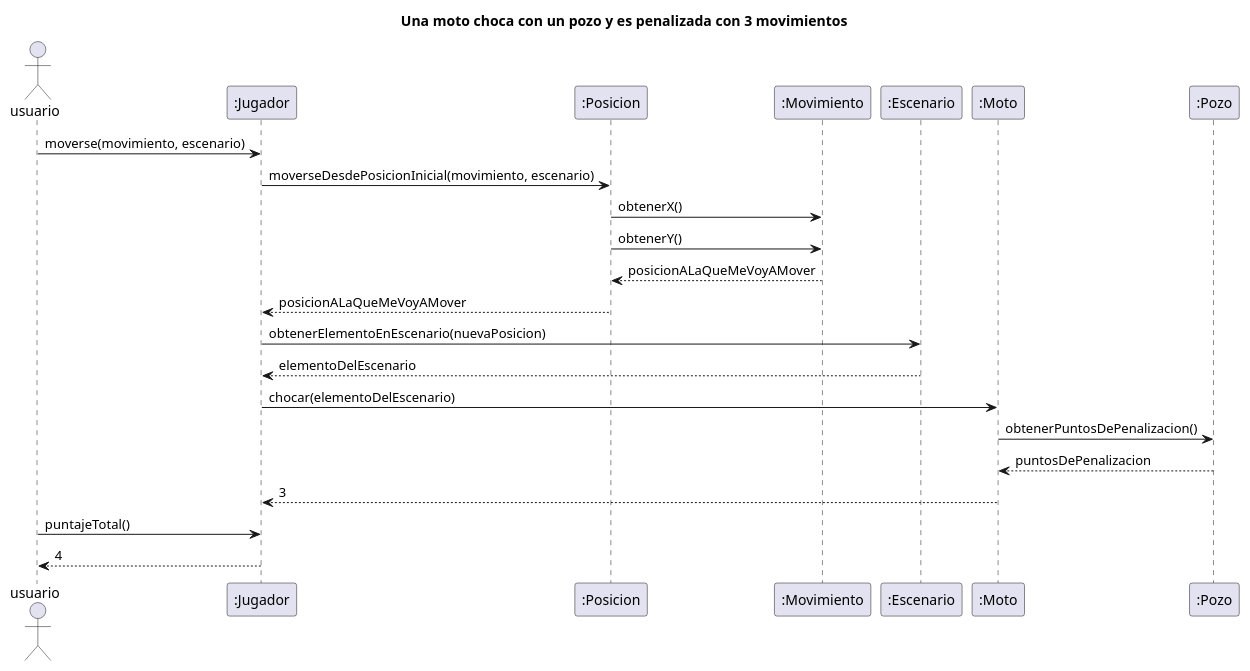
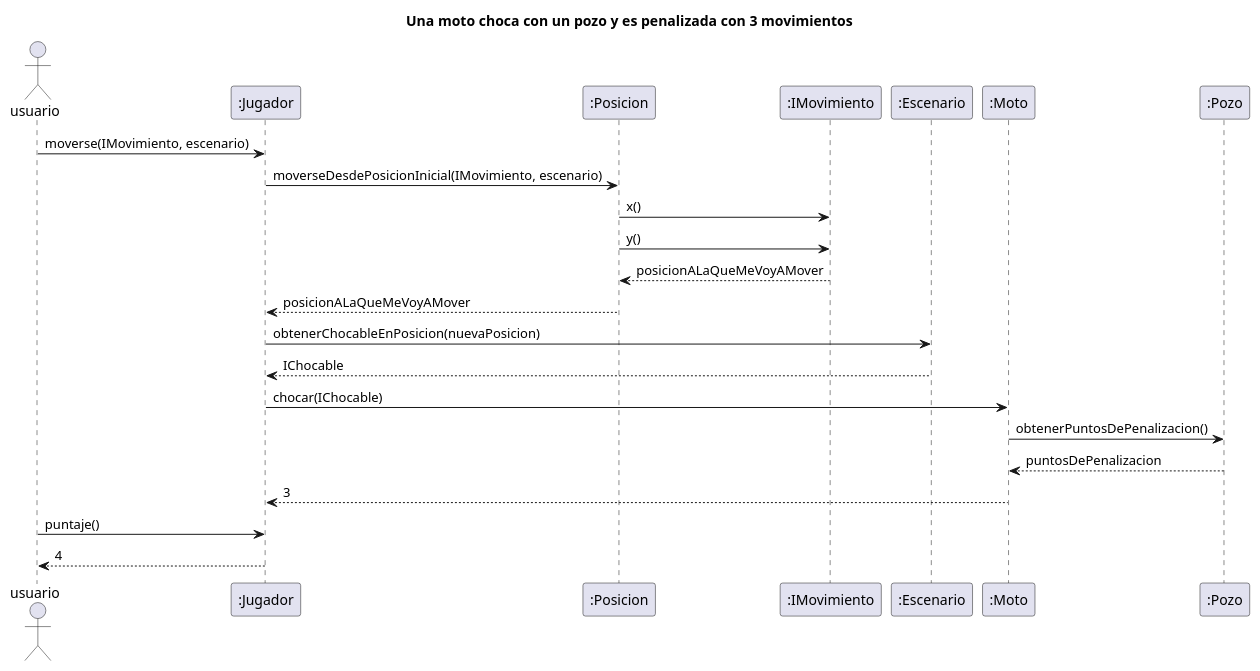
Before and after one commit to NestorPala/T17-GPSChallenge: the diagram in diagrams/sequences/moto_choca_pozo.puml, drawn with PlantUML. The commit also changed 11 other files, not shown here.

Commit message:
Actualizo diagramas de clase y de secuencia

```diff
--- a/diagrams/sequences/moto_choca_pozo.puml
+++ b/diagrams/sequences/moto_choca_pozo.puml
@@ -1,20 +1,20 @@
 @startuml
 title Una moto choca con un pozo y es penalizada con 3 movimientos
 Actor usuario
 
-"usuario" -> ":Jugador": moverse(movimiento, escenario)
-":Jugador" -> ":Posicion": moverseDesdePosicionInicial(movimiento, escenario)
-":Posicion" -> ":Movimiento": obtenerX()
-":Posicion" -> ":Movimiento": obtenerY()
+"usuario" -> ":Jugador": moverse(IMovimiento, escenario)
+":Jugador" -> ":Posicion": moverseDesdePosicionInicial(IMovimiento, escenario)
+":Posicion" -> ":IMovimiento": x()
+":Posicion" -> ":IMovimiento": y()
 return posicionALaQueMeVoyAMover
 ":Posicion" --> ":Jugador": posicionALaQueMeVoyAMover
-":Jugador" -> ":Escenario": obtenerElementoEnEscenario(nuevaPosicion)
-":Escenario" --> ":Jugador": elementoDelEscenario
-":Jugador" -> ":Moto": chocar(elementoDelEscenario)
+":Jugador" -> ":Escenario": obtenerChocableEnPosicion(nuevaPosicion)
+":Escenario" --> ":Jugador": IChocable
+":Jugador" -> ":Moto": chocar(IChocable)
 ":Moto" -> ":Pozo": obtenerPuntosDePenalizacion()
 return puntosDePenalizacion
 ":Moto" --> ":Jugador": 3
-"usuario" -> ":Jugador": puntajeTotal()
+"usuario" -> ":Jugador": puntaje()
 return 4
 
 @enduml
```
